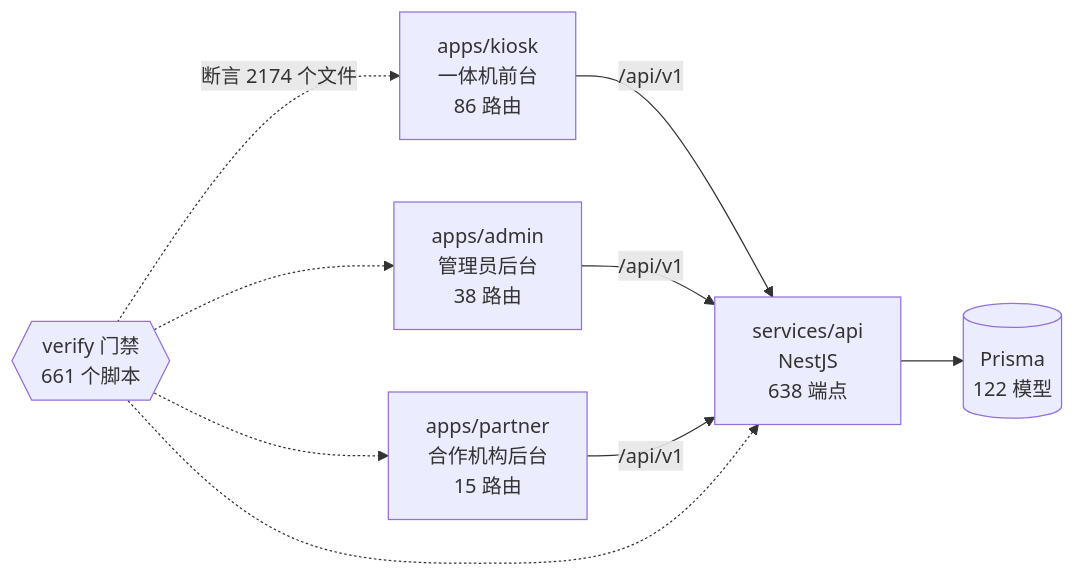
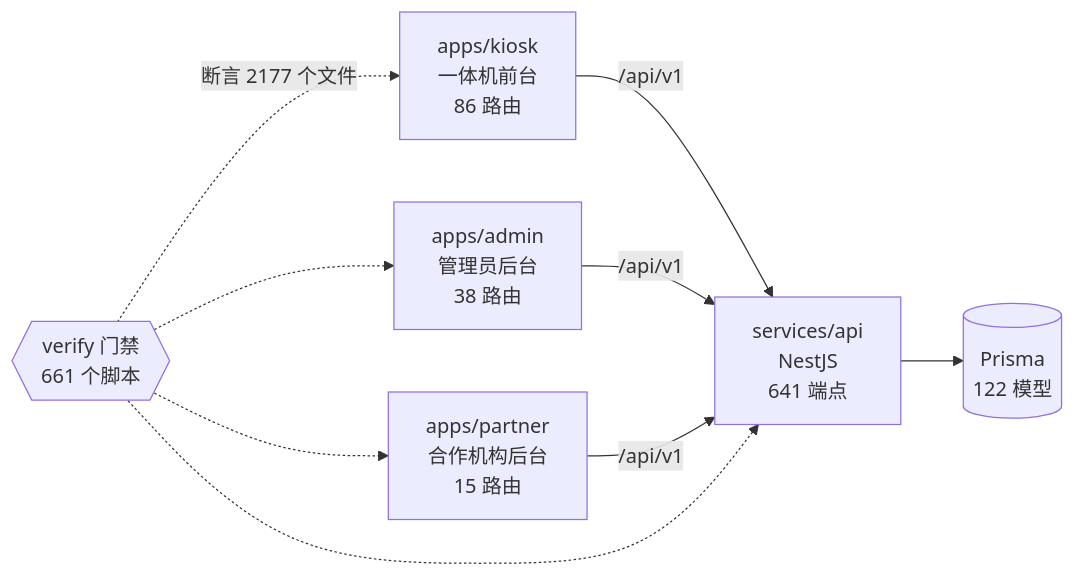
The diagram in docs/graph/README.md (wanglei581/YITIJI), drawn with Mermaid before and after one commit. The commit also changed other lines of this file and 26 other files, not shown here.

````diff
--- a/docs/graph/README.md
+++ b/docs/graph/README.md
@@ -68,18 +68,18 @@
 ```mermaid
 flowchart LR
   kiosk["apps/kiosk<br/>一体机前台<br/>86 路由"]
   admin["apps/admin<br/>管理员后台<br/>38 路由"]
   partner["apps/partner<br/>合作机构后台<br/>15 路由"]
-  api["services/api<br/>NestJS<br/>638 端点"]
+  api["services/api<br/>NestJS<br/>641 端点"]
   db[("Prisma<br/>122 模型")]
   gates{{"verify 门禁<br/>661 个脚本"}}
 
   kiosk -->|"/api/v1"| api
   admin -->|"/api/v1"| api
   partner -->|"/api/v1"| api
   api --> db
-  gates -.->|"断言 2174 个文件"| kiosk
+  gates -.->|"断言 2177 个文件"| kiosk
   gates -.-> admin
   gates -.-> partner
   gates -.-> api
 ```
````
